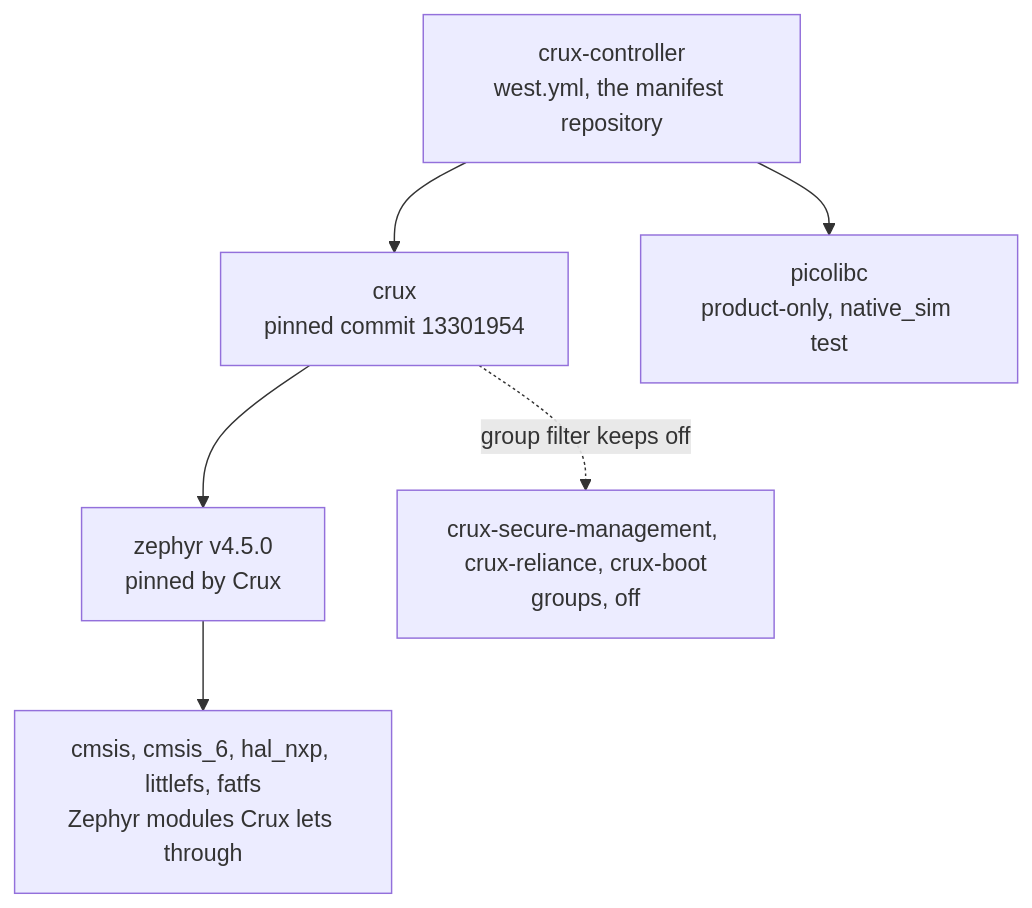
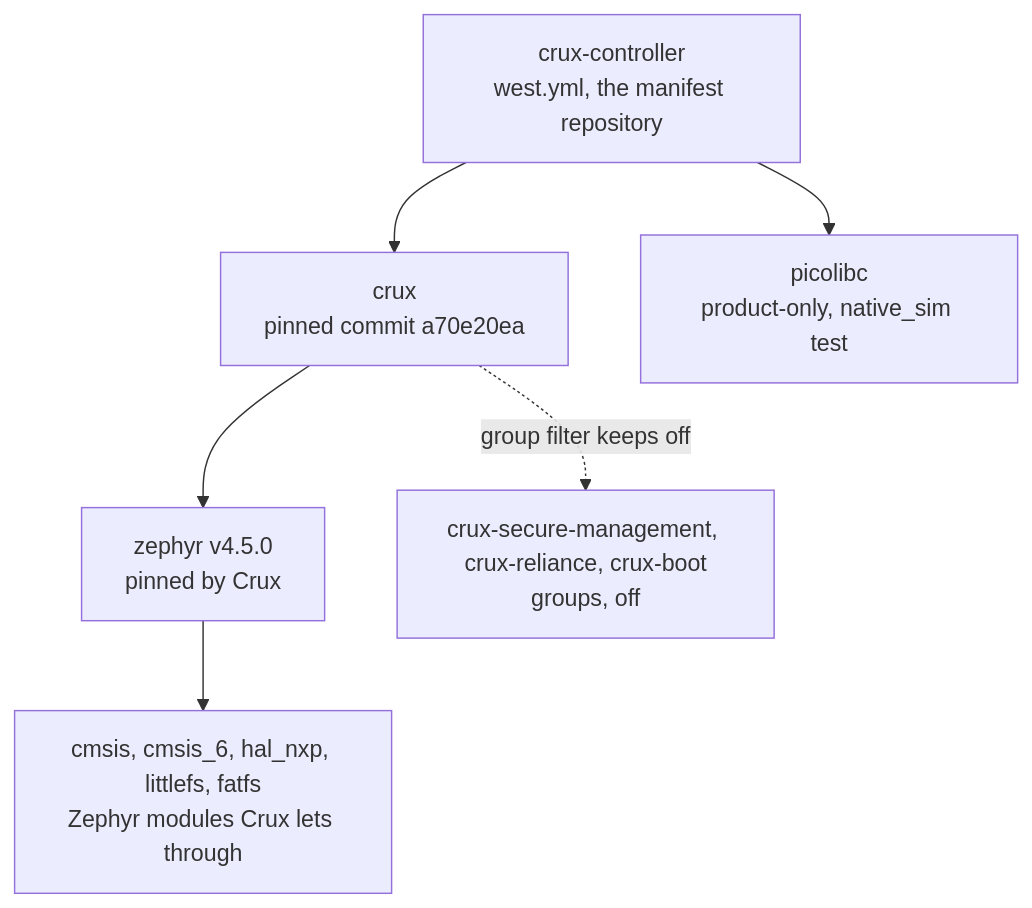
Before and after one commit to wonny-labs/crux-controller: the diagram in docs/dependencies.md, drawn with Mermaid. The commit also changed other lines of this file and 23 other files, not shown here.

````diff
--- a/docs/dependencies.md
+++ b/docs/dependencies.md
@@ -16,14 +16,14 @@
 ```mermaid
 flowchart TD
     CC["crux-controller<br/>west.yml, the manifest repository"]
-    CP["crux<br/>pinned commit 13301954"]
+    CP["crux<br/>pinned commit a70e20ea"]
     ZP["zephyr v4.5.0<br/>pinned by Crux"]
     MOD["cmsis, cmsis_6, hal_nxp, littlefs, fatfs<br/>Zephyr modules Crux lets through"]
     PL["picolibc<br/>product-only, native_sim test"]
     OFF["crux-secure-management, crux-reliance, crux-boot<br/>groups, off"]
     CC --> CP
     CC --> PL
     CP --> ZP
     ZP --> MOD
     CP -. "group filter keeps off" .-> OFF
 ```
````
